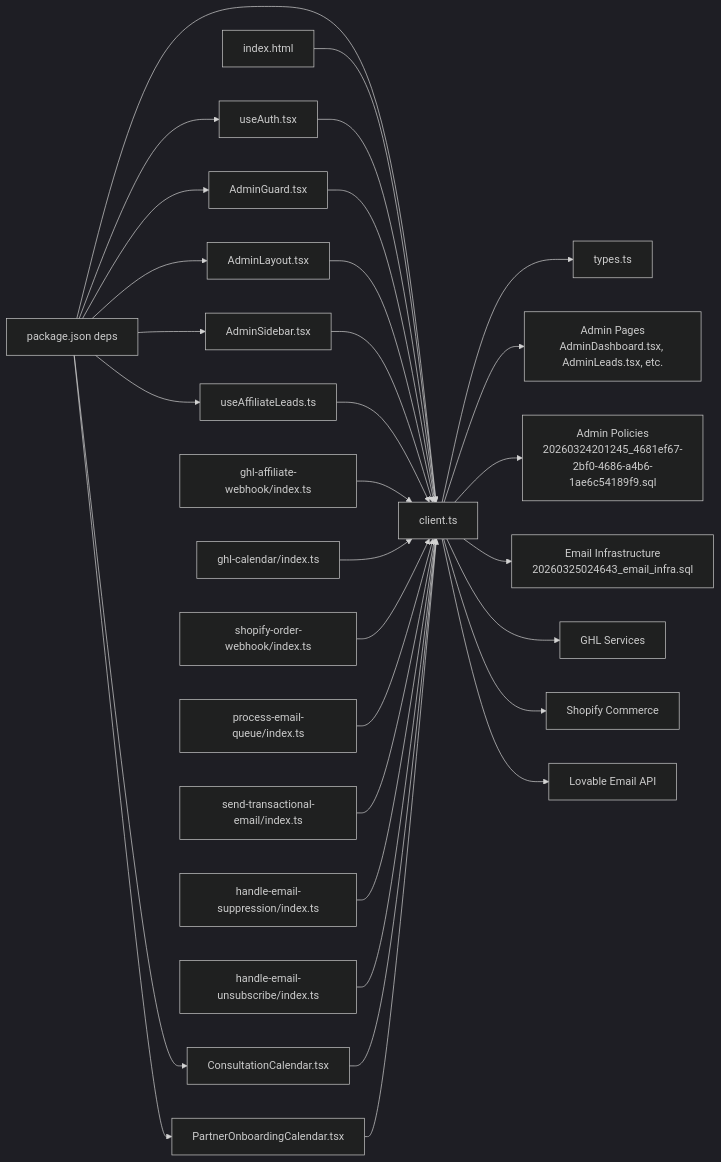
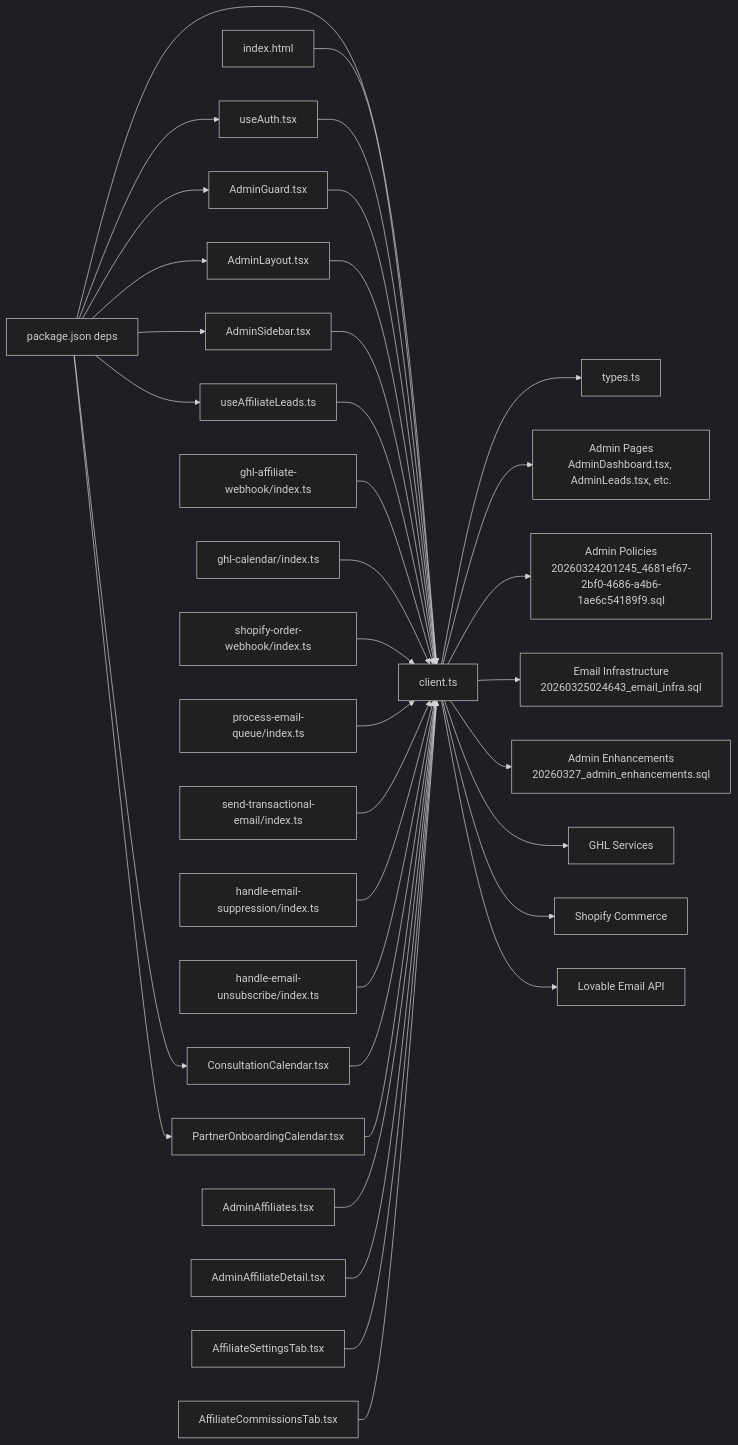
One commit to Hawky1/ryland changed diagram 13 of 13 in .qoder/repowiki/en/content/Data Layer & Supabase Integration.md. Above: the diagram before and after it, drawn with Mermaid (dark theme). The commit also changed other lines of this file and 15 other files, not shown here.

````diff
--- a/.qoder/repowiki/en/content/Data Layer & Supabase Integration.md
+++ b/.qoder/repowiki/en/content/Data Layer & Supabase Integration.md
@@ -1050,57 +1165,67 @@
 ```mermaid
 graph LR
 Package["package.json deps"]
 Client["client.ts"]
 Types["types.ts"]
 Auth["useAuth.tsx"]
 AdminGuard["AdminGuard.tsx"]
 AdminLayout["AdminLayout.tsx"]
 AdminSidebar["AdminSidebar.tsx"]
 Leads["useAffiliateLeads.ts"]
 Func["ghl-affiliate-webhook/index.ts"]
 CalFunc["ghl-calendar/index.ts"]
 ShopifyWebhook["shopify-order-webhook/index.ts"]
 EmailProc["process-email-queue/index.ts"]
 EmailSend["send-transactional-email/index.ts"]
 SuppressHandler["handle-email-suppression/index.ts"]
 UnsubscribeHandler["handle-email-unsubscribe/index.ts"]
 ConsultCal["ConsultationCalendar.tsx"]
 PartnerCal["PartnerOnboardingCalendar.tsx"]
+AdminAffiliates["AdminAffiliates.tsx"]
+AdminDetail["AdminAffiliateDetail.tsx"]
+SettingsTab["AffiliateSettingsTab.tsx"]
+CommissionsTab["AffiliateCommissionsTab.tsx"]
 HTML["index.html"]
 GHL["GHL Services"]
 Shopify["Shopify Commerce"]
 Lovable["Lovable Email API"]
 AdminPages["Admin Pages<br/>AdminDashboard.tsx, AdminLeads.tsx, etc."]
 AdminMig["Admin Policies<br/>20260324201245_4681ef67-2bf0-4686-a4b6-1ae6c54189f9.sql"]
 EmailMig["Email Infrastructure<br/>20260325024643_email_infra.sql"]
+AdminEnhMig["Admin Enhancements<br/>20260327_admin_enhancements.sql"]
 Package --> Client
 Package --> Auth
 Package --> AdminGuard
 Package --> AdminLayout
 Package --> AdminSidebar
 Package --> Leads
 Package --> ConsultCal
 Package --> PartnerCal
 HTML --> Client
 Client --> Types
 Auth --> Client
 AdminGuard --> Client
 AdminLayout --> Client
 AdminSidebar --> Client
 Leads --> Client
 Func --> Client
 CalFunc --> Client
 ShopifyWebhook --> Client
 EmailProc --> Client
 EmailSend --> Client
 SuppressHandler --> Client
 UnsubscribeHandler --> Client
 ConsultCal --> Client
 PartnerCal --> Client
+AdminAffiliates --> Client
+AdminDetail --> Client
+SettingsTab --> Client
+CommissionsTab --> Client
 Client --> AdminPages
 Client --> AdminMig
 Client --> EmailMig
+Client --> AdminEnhMig
 Client --> GHL
 Client --> Shopify
 Client --> Lovable
 ```
````
